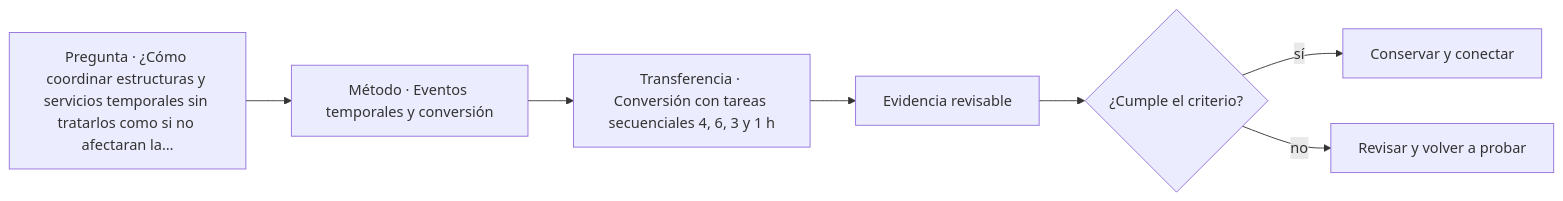
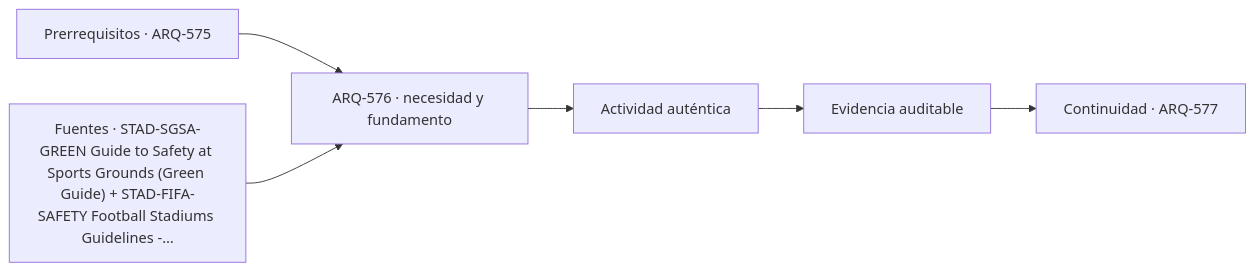
One commit to vladimiracunadev-create/architecture-built-environment-learning-program changed the diagram in classes/parte-58/ARQ-576.md. Above: the diagram before and after it, drawn with Mermaid. The commit also changed other lines of this file and 761 other files, not shown here.

````diff
--- a/classes/parte-58/ARQ-576.md
+++ b/classes/parte-58/ARQ-576.md
@@ -105,9 +117,8 @@
 ```mermaid
 flowchart LR
-    Q["Pregunta · ¿Cómo coordinar estructuras y servicios temporales sin tratarlos como si no afectaran la…"] --> M["Método · Eventos temporales y conversión"]
-    M --> P["Transferencia · Conversión con tareas secuenciales 4, 6, 3 y 1 h"]
-    P --> E["Evidencia revisable"]
-    E --> C{"¿Cumple el criterio?"}
-    C -->|sí| T["Conservar y conectar"]
-    C -->|no| R["Revisar y volver a probar"]
+    A["Prerrequisitos · ARQ-575"] --> B["ARQ-576 · necesidad y fundamento"]
+    S["Fuentes · STAD-SGSA-GREEN Guide to Safety at Sports Grounds (Green Guide) + STAD-FIFA-SAFETY Football Stadiums Guidelines -…"] --> B
+    B --> C["Actividad auténtica"]
+    C --> D["Evidencia auditable"]
+    D --> E["Continuidad · ARQ-577"]
 ```
````
